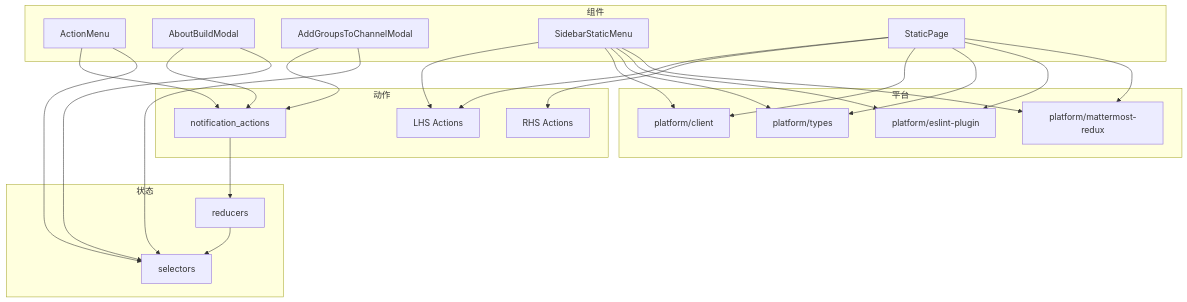
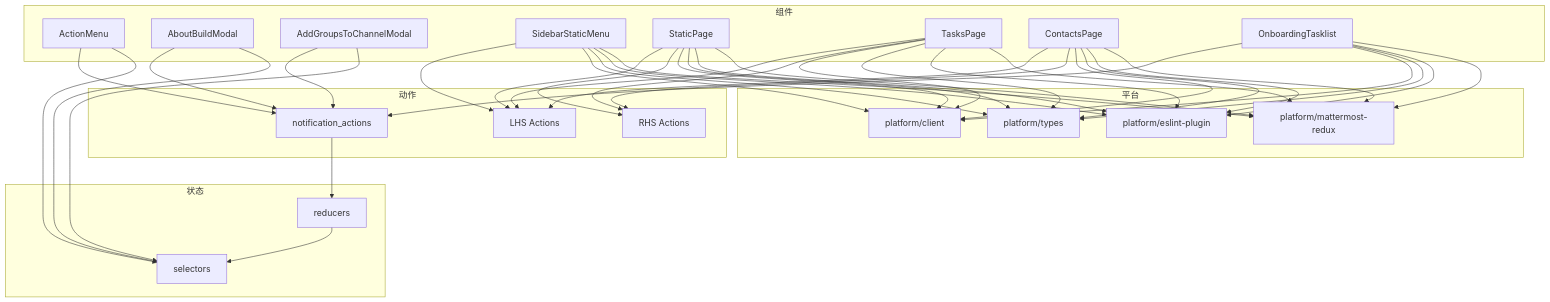
One commit to frankMa-1993/mattermost changed diagram 11 of 11 in .qoder/repowiki/zh/content/前端开发/组件开发指南/组件开发指南.md. Above: the diagram before and after it, drawn with Mermaid. The commit also changed other lines of this file and 11 other files, not shown here.

````diff
--- a/.qoder/repowiki/zh/content/前端开发/组件开发指南/组件开发指南.md
+++ b/.qoder/repowiki/zh/content/前端开发/组件开发指南/组件开发指南.md
@@ -372,44 +471,64 @@
 ```mermaid
 graph TB
 subgraph "组件"
 AM["ActionMenu"]
 ABM["AboutBuildModal"]
 AGTCM["AddGroupsToChannelModal"]
 SSM["SidebarStaticMenu"]
 STP["StaticPage"]
+TP["TasksPage"]
+CP["ContactsPage"]
+OT["OnboardingTasklist"]
 end
 subgraph "动作"
 NA["notification_actions"]
 LHS["LHS Actions"]
 RHS["RHS Actions"]
 end
 subgraph "状态"
 RDX["reducers"]
 SEL["selectors"]
 end
 subgraph "平台"
 CLI["platform/client"]
 TYP["platform/types"]
 ESN["platform/eslint-plugin"]
 MMR["platform/mattermost-redux"]
 end
 AM --> NA
 ABM --> NA
 AGTCM --> NA
 SSM --> LHS
 STP --> LHS
 STP --> RHS
+TP --> LHS
+TP --> RHS
+CP --> LHS
+CP --> RHS
+OT --> NA
 NA --> RDX
 RDX --> SEL
 AM --> SEL
 ABM --> SEL
 AGTCM --> SEL
 SSM --> CLI
 SSM --> TYP
 SSM --> ESN
 SSM --> MMR
 STP --> CLI
 STP --> TYP
 STP --> ESN
 STP --> MMR
+TP --> CLI
+TP --> TYP
+TP --> ESN
+TP --> MMR
+CP --> CLI
+CP --> TYP
+CP --> ESN
+CP --> MMR
+OT --> CLI
+OT --> TYP
+OT --> ESN
+OT --> MMR
 ```
````
